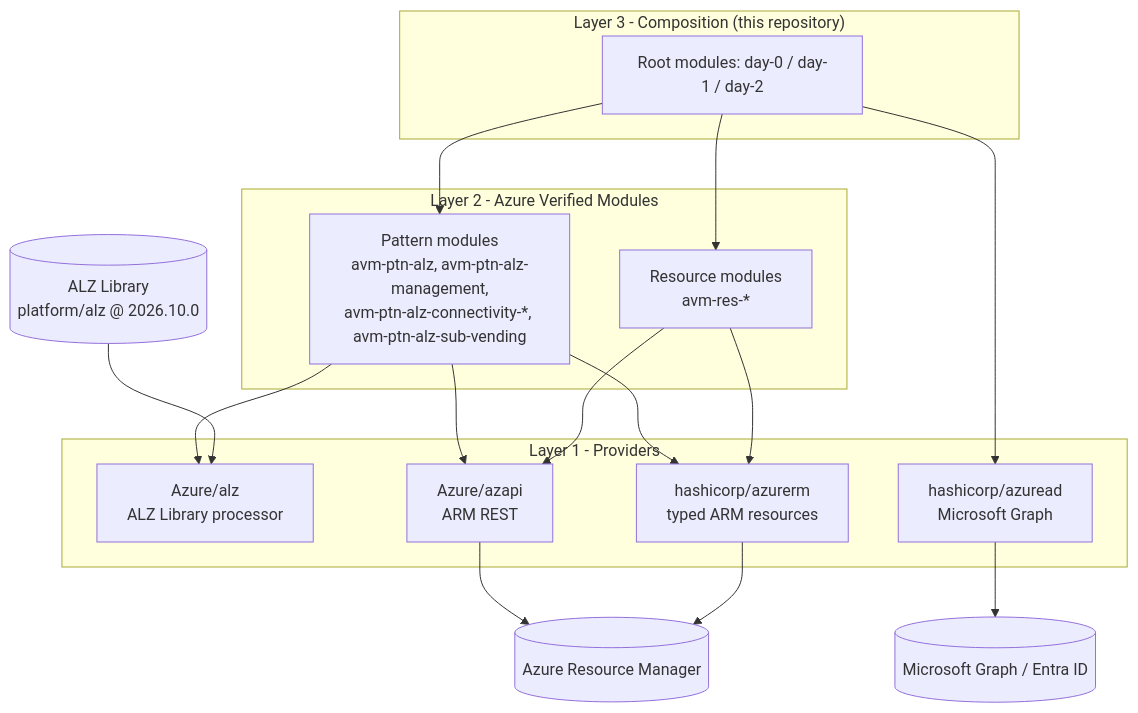
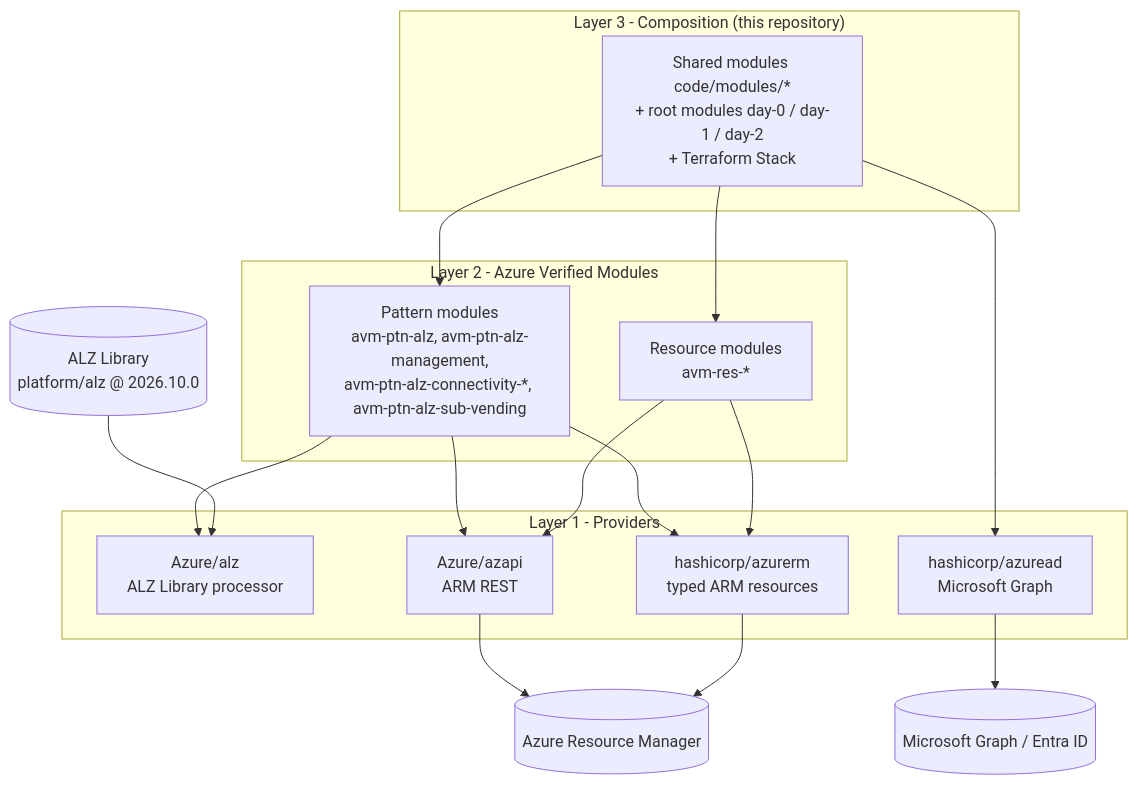
One commit to nubenetes/azure-landing-zones-2026-masterclass changed the first of 3 diagrams in docs/02-iac-provider-matrix.md. Above: the diagram before and after it, drawn with Mermaid. The commit also changed other lines of this file and 18 other files, not shown here.

First line of the commit message:
docs(diagrams): show every delivery platform and explain each diagram

````diff
--- a/docs/02-iac-provider-matrix.md
+++ b/docs/02-iac-provider-matrix.md
@@ -21,23 +21,23 @@
 ```mermaid
 flowchart TB
     subgraph L3["Layer 3 - Composition (this repository)"]
-        root["Root modules: day-0 / day-1 / day-2"]
+        root["Shared modules code/modules/*<br/>+ root modules day-0 / day-1 / day-2<br/>+ Terraform Stack"]
     end
     subgraph L2["Layer 2 - Azure Verified Modules"]
         ptn["Pattern modules<br/>avm-ptn-alz, avm-ptn-alz-management,<br/>avm-ptn-alz-connectivity-*, avm-ptn-alz-sub-vending"]
         res["Resource modules<br/>avm-res-*"]
     end
     subgraph L1["Layer 1 - Providers"]
         alz["Azure/alz<br/>ALZ Library processor"]
         azapi["Azure/azapi<br/>ARM REST"]
         azurerm["hashicorp/azurerm<br/>typed ARM resources"]
         azuread["hashicorp/azuread<br/>Microsoft Graph"]
     end
     root --> ptn & res
     root --> azuread
     ptn --> alz & azapi & azurerm
     res --> azapi & azurerm
     lib[("ALZ Library<br/>platform/alz @ 2026.10.0")] --> alz
     azapi & azurerm --> ARM[("Azure Resource Manager")]
     azuread --> Graph[("Microsoft Graph / Entra ID")]
 ```
````
